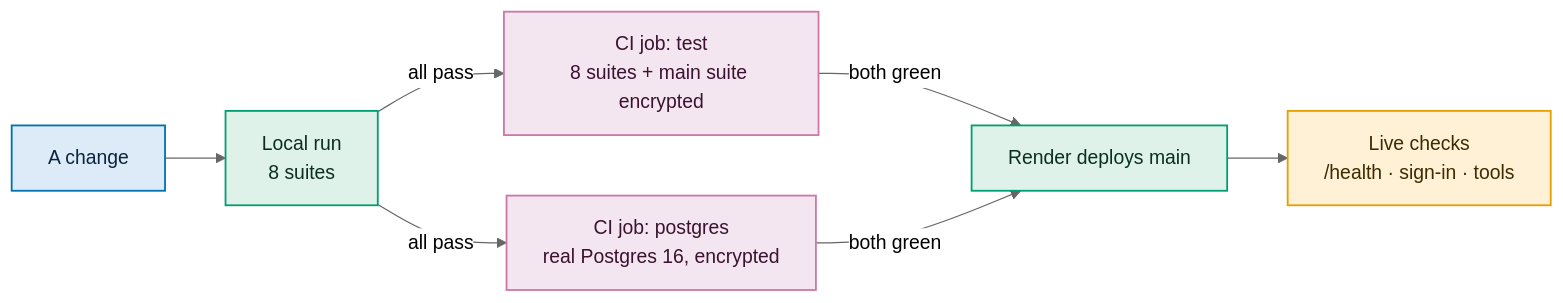
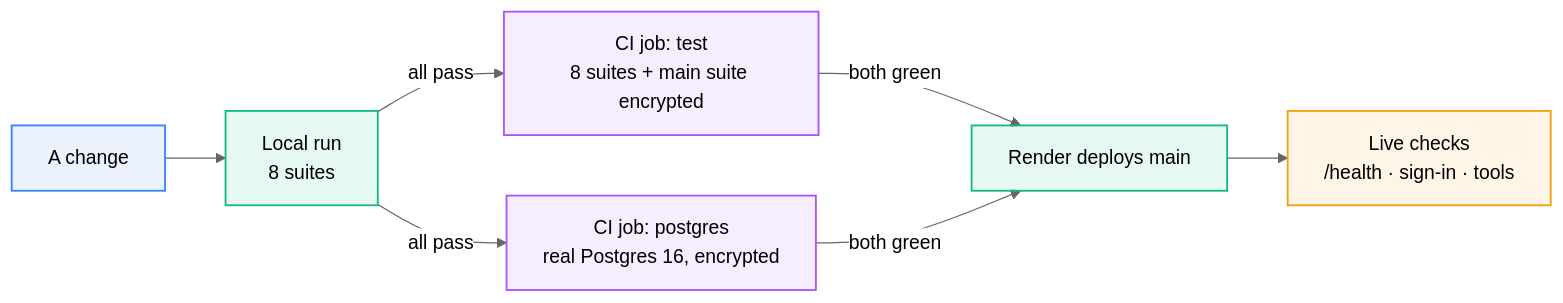
One commit to TusharSamantaray/career-copilot-mcp changed the first of 3 diagrams in docs/ENGINEERING.md. Above: the diagram before and after it, drawn with Mermaid (neutral theme). The commit also changed other lines of this file and 8 other files, not shown here.

First line of the commit message:
docs: diagram palette readable on light and dark backgrounds

````diff
--- a/docs/ENGINEERING.md
+++ b/docs/ENGINEERING.md
@@ -15,17 +15,17 @@
 ```mermaid
 flowchart LR
-  classDef copilot fill:#DFF2E9,stroke:#009E73,color:#0B2E22,stroke-width:1.5px
-  classDef guard fill:#F3E6F0,stroke:#CC79A7,color:#3B1230,stroke-width:1.5px
-  classDef store fill:#FFF1D6,stroke:#E69F00,color:#3D2A00,stroke-width:1.5px
-  classDef person fill:#DCEBF7,stroke:#0072B2,color:#0B2540,stroke-width:1.5px
+  classDef copilot fill:#10B9811A,stroke:#10B981,stroke-width:1.5px
+  classDef guard fill:#A855F71A,stroke:#A855F7,stroke-width:1.5px
+  classDef store fill:#F59E0B1A,stroke:#F59E0B,stroke-width:1.5px
+  classDef person fill:#3B82F61A,stroke:#3B82F6,stroke-width:1.5px
 
   change["A change"]:::person
   local["Local run<br/>8 suites"]:::copilot
   ci1["CI job: test<br/>8 suites + main suite encrypted"]:::guard
   ci2["CI job: postgres<br/>real Postgres 16, encrypted"]:::guard
   deploy["Render deploys main"]:::copilot
   live["Live checks<br/>/health · sign-in · tools"]:::store
 
   change --> local -- "all pass" --> ci1 & ci2
   ci1 & ci2 -- "both green" --> deploy --> live
 ```
````
